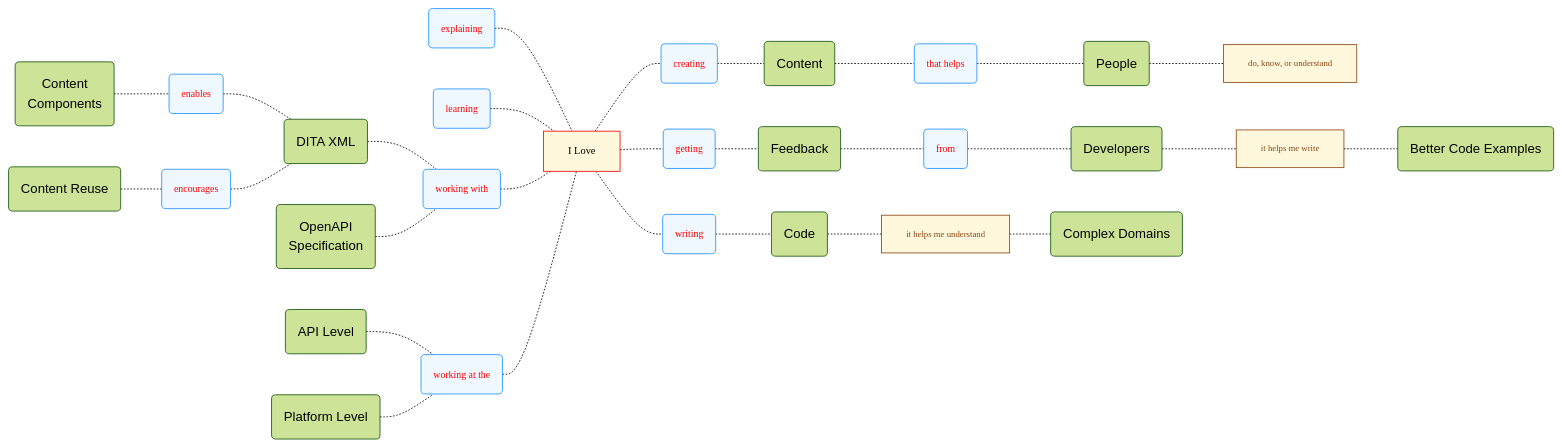
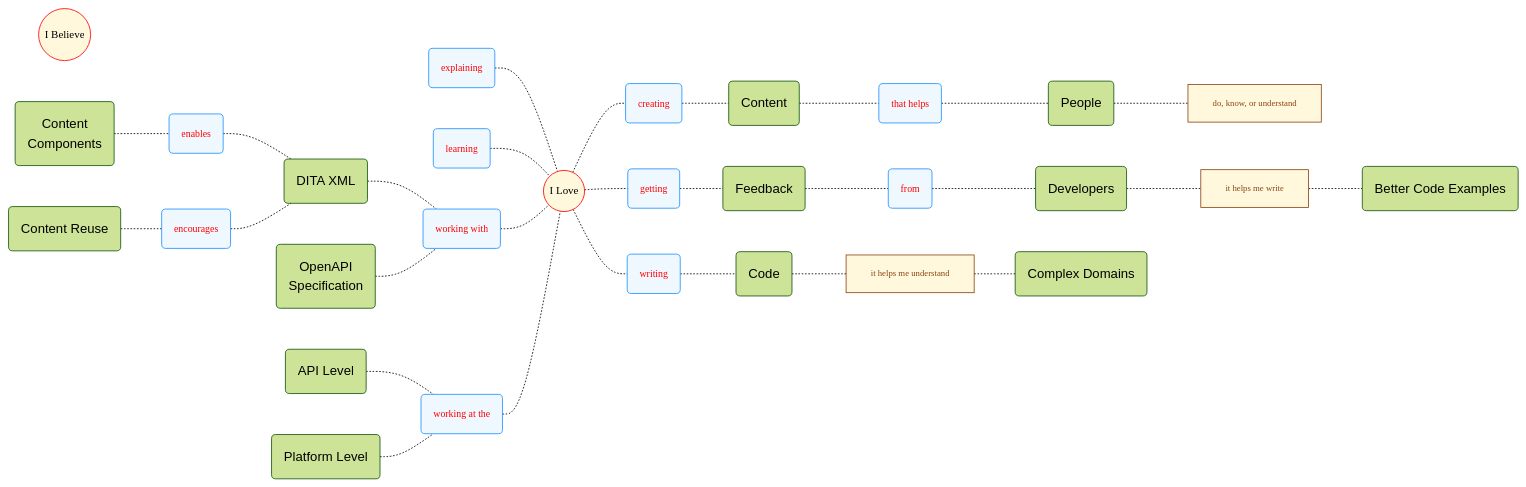
The first of 2 diagrams in my_mindmap.md (joe-dorward/samples), drawn with Mermaid before and after one commit.

```diff
--- a/my_mindmap.md
+++ b/my_mindmap.md
@@ -5,11 +5,12 @@
   classDef Variables fill:white, stroke:white, font-family:courier new, font-size:10pt;
   classDef Object fill:white, stroke:white, font-family:verdana, font-size:9pt;
 
-  classDef Start fill:cornsilk, stroke:red, font-family:verdana, font-size:9.5pt;
+  classDef Start fill:cornsilk, stroke:red, font-family:verdana, font-size:10pt;
 
   classDef Verb fill:aliceblue, color:red, stroke:dodgerblue, font-family:verdana, font-size:9pt;
 
-I_LOVE["I Love"]:::Start
+I_LOVE(("I Love")):::Start
+I_BELIEVE(("I Believe")):::Start
 
 CODE("Code")
 DITA_XML("DITA XML")
```
